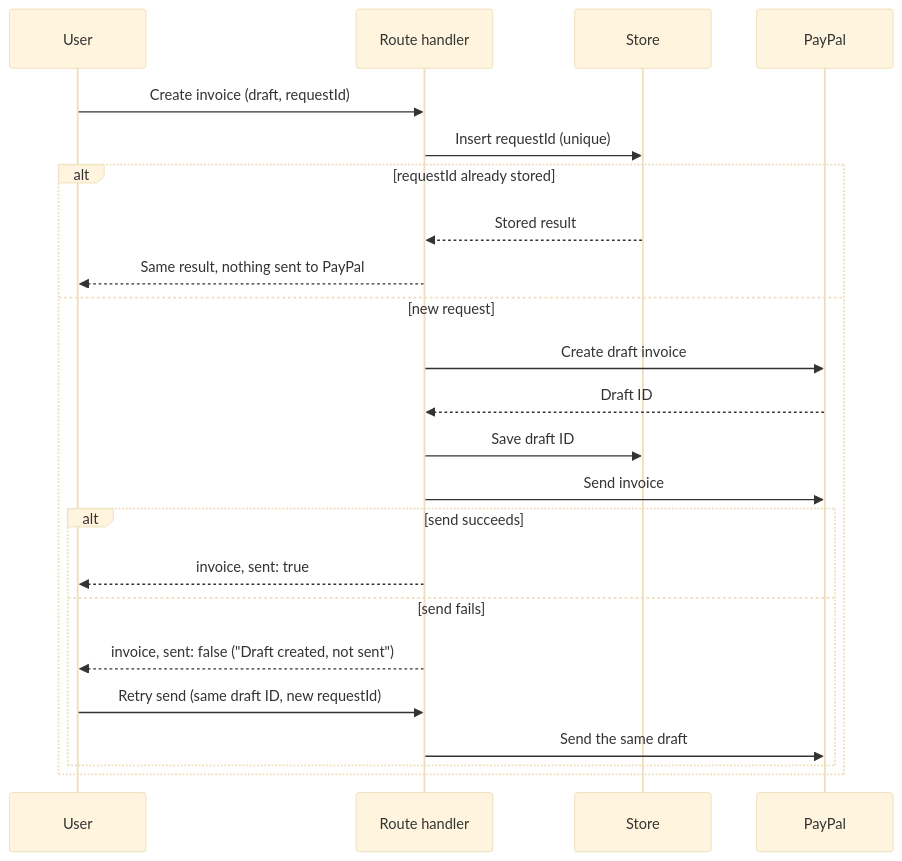
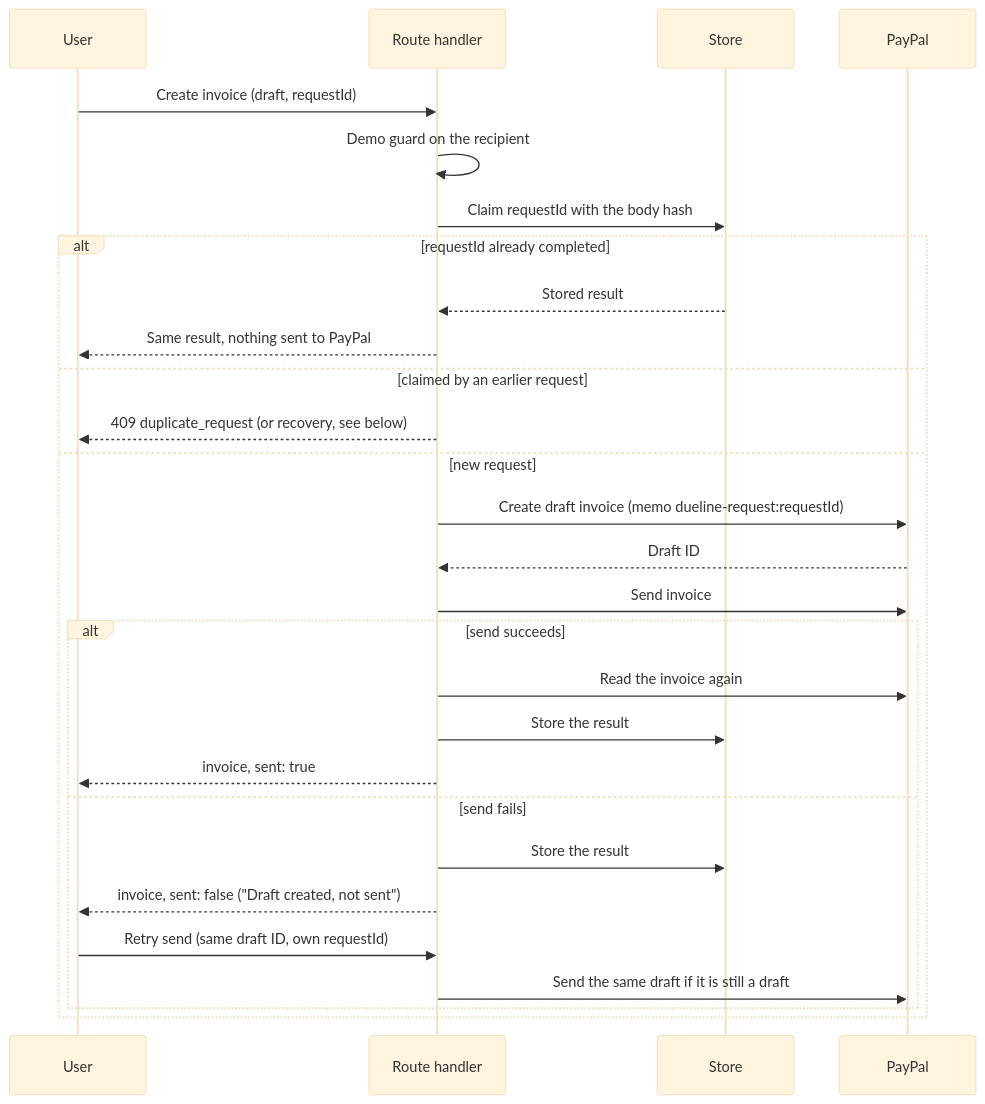
The second of 2 diagrams in docs/architecture.md (rishibhaskar777/dueline), drawn with Mermaid (base theme) before and after one commit. The commit also changed other lines of this file and 2 other files, not shown here.

Commit message:
docs: describe the invoice flow and sandbox setup

````diff
--- a/docs/architecture.md
+++ b/docs/architecture.md
@@ -156,25 +164,30 @@
 ```mermaid
 sequenceDiagram
   participant U as User
   participant R as Route handler
   participant S as Store
   participant P as PayPal
   U->>R: Create invoice (draft, requestId)
-  R->>S: Insert requestId (unique)
-  alt requestId already stored
+  R->>R: Demo guard on the recipient
+  R->>S: Claim requestId with the body hash
+  alt requestId already completed
     S-->>R: Stored result
     R-->>U: Same result, nothing sent to PayPal
+  else claimed by an earlier request
+    R-->>U: 409 duplicate_request (or recovery, see below)
   else new request
-    R->>P: Create draft invoice
+    R->>P: Create draft invoice (memo dueline-request:requestId)
     P-->>R: Draft ID
-    R->>S: Save draft ID
     R->>P: Send invoice
     alt send succeeds
+      R->>P: Read the invoice again
+      R->>S: Store the result
       R-->>U: invoice, sent: true
     else send fails
+      R->>S: Store the result
       R-->>U: invoice, sent: false ("Draft created, not sent")
-      U->>R: Retry send (same draft ID, new requestId)
-      R->>P: Send the same draft
+      U->>R: Retry send (same draft ID, own requestId)
+      R->>P: Send the same draft if it is still a draft
     end
   end
 ```
````
